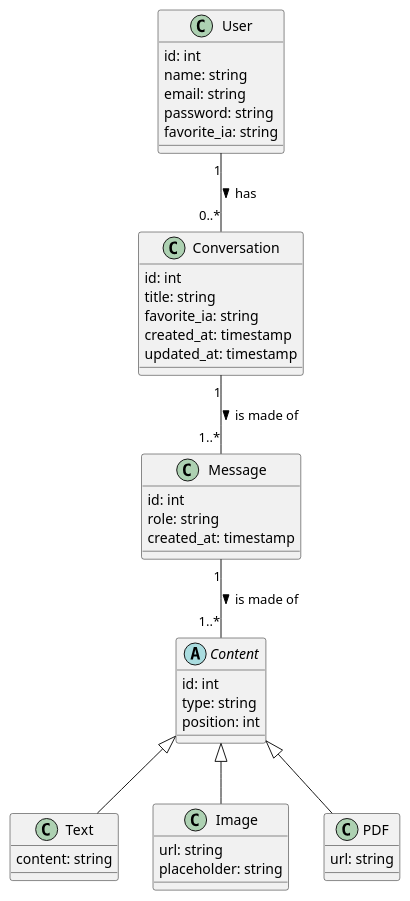
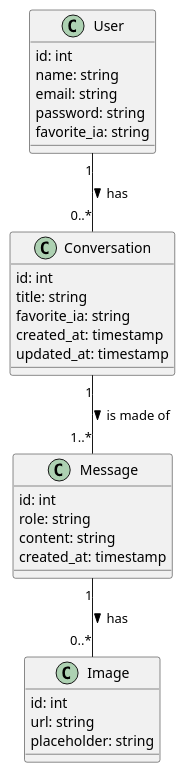
The diagram in docs/class_diagram.puml (AlphaXZero/AI_Chat), drawn with PlantUML before and after one commit. The commit also changed 3 other files, not shown here.

Commit message:
feat: update Conversation, Message, and Image models with relationships and fillable properties; revise class diagram

```diff
--- a/docs/class_diagram.puml
+++ b/docs/class_diagram.puml
@@ -1,42 +1,30 @@
 @startuml
 class User {
   id: int
   name: string
   email: string
   password: string
   favorite_ia: string
 }
 class Conversation {
   id: int
   title: string
   favorite_ia: string
   created_at: timestamp
   updated_at: timestamp
 }
 class Message {
   id: int
   role: string
+  content: string
   created_at: timestamp
 }
-abstract class Content {
+class Image {
   id: int
-  type: string
-  position: int
-}
-class Text {
-  content: string
-}
-class Image {
   url: string
   placeholder: string
 }
-class PDF {
-  url: string
-}
 User "1" -- "0..*" Conversation : has >
 Conversation "1" -- "1..*" Message : is made of >
-Message "1" -- "1..*" Content : is made of >
-Content <|-- Text
-Content <|-- Image
-Content <|-- PDF
+Message "1" -- "0..*" Image : has >
 @enduml
```
